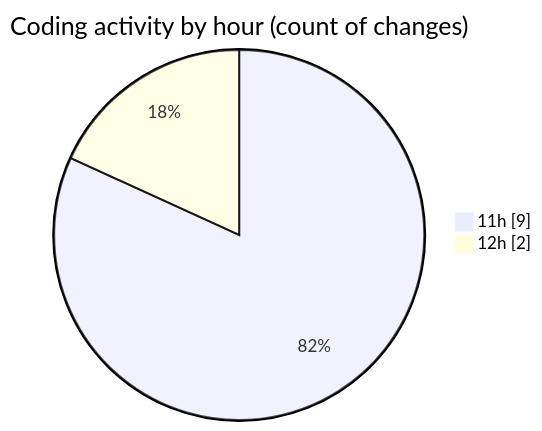
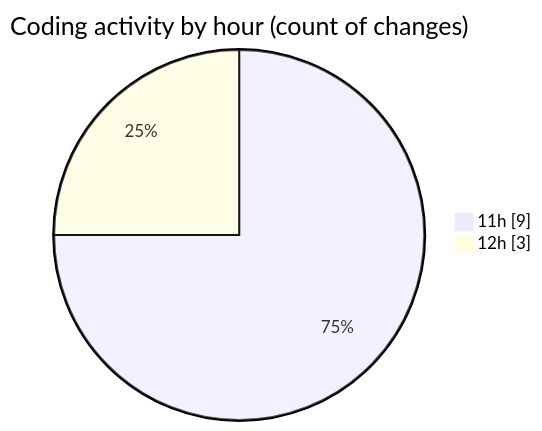
Before and after one commit to LanceThiago/code-tracking: the second of 2 diagrams in 2025-01-22/oficina/README.md, drawn with Mermaid. The commit also changed other lines of this file and 1 other file, not shown here.

````diff
--- a/2025-01-22/oficina/README.md
+++ b/2025-01-22/oficina/README.md
@@ -31,6 +32,6 @@
 ```mermaid
 pie showData
 title Coding activity by hour (count of changes)
 "11h" : 9
-"12h" : 2
+"12h" : 3
 ```
````
